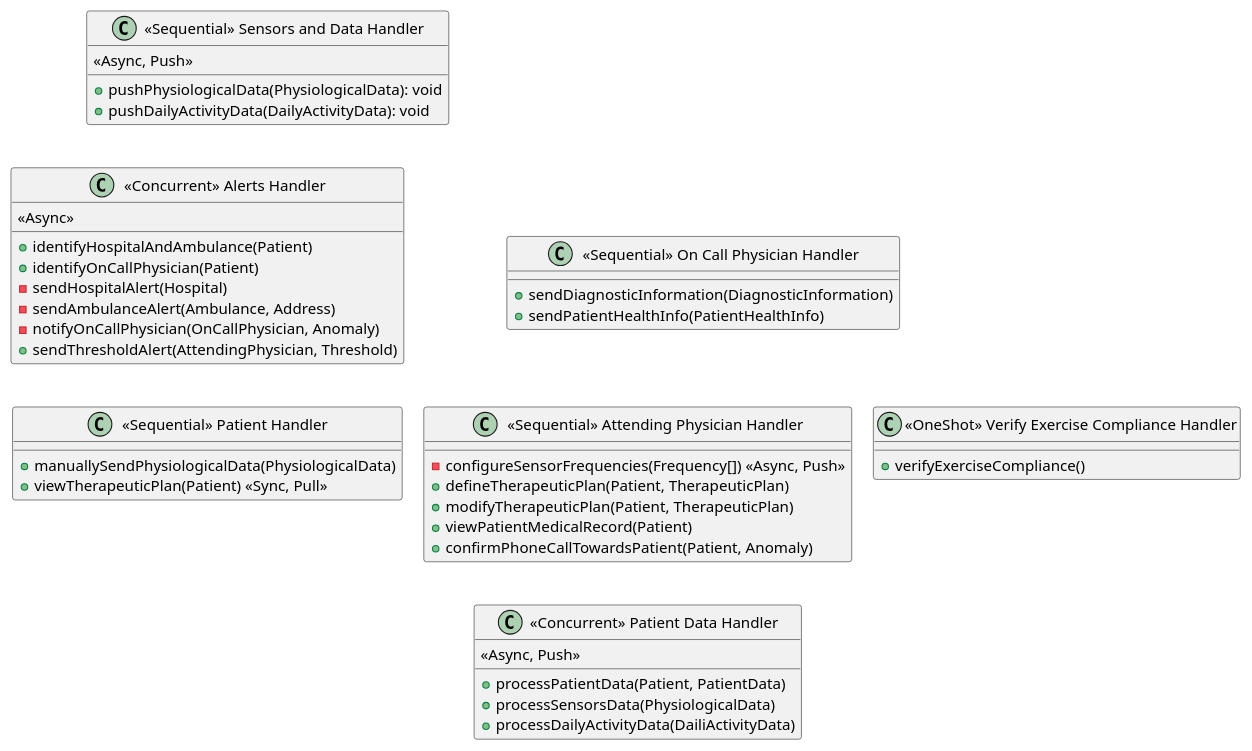
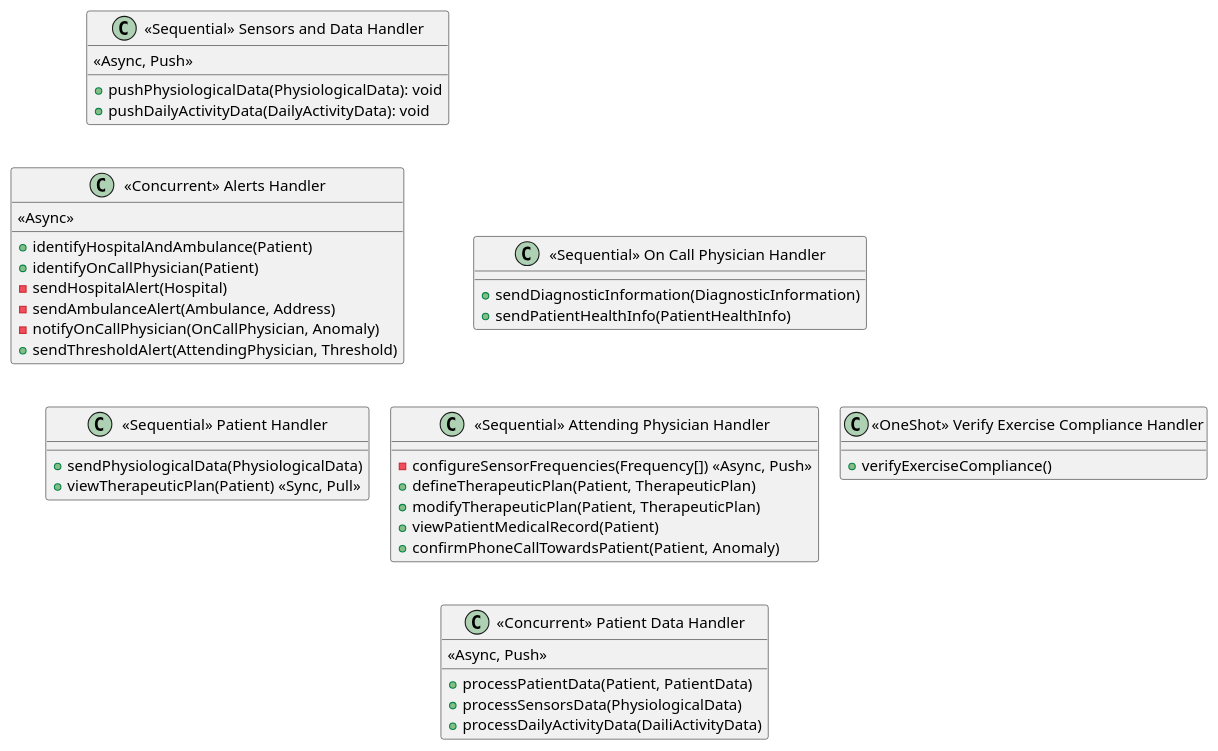
Before and after one commit to koalas11/Software-Architecture-Project: the diagram in diagrams/concrete_diagram.plantuml, drawn with PlantUML. The commit also changed 2 other files, not shown here.

```diff
--- a/diagrams/concrete_diagram.plantuml
+++ b/diagrams/concrete_diagram.plantuml
@@ -1,48 +1,48 @@
 @startuml concrete_diagram
 !pragma layout elk 
 class "<<Sequential>> Sensors and Data Handler" as C1 {
   <<Async, Push>>
   + pushPhysiologicalData(PhysiologicalData): void
   + pushDailyActivityData(DailyActivityData): void
 }
 
 class "<<Concurrent>> Alerts Handler" as C2 {
   +identifyHospitalAndAmbulance(Patient)
   +identifyOnCallPhysician(Patient)
   <<Async>>
   -sendHospitalAlert(Hospital)
   -sendAmbulanceAlert(Ambulance, Address)
   -notifyOnCallPhysician(OnCallPhysician, Anomaly)
   +sendThresholdAlert(AttendingPhysician, Threshold)
 }
 
 class "<<Sequential>> Patient Handler" as C3 {
-  +manuallySendPhysiologicalData(PhysiologicalData)
+  +sendPhysiologicalData(PhysiologicalData)
   +viewTherapeuticPlan(Patient) <<Sync, Pull>>
 }
 
 class "<<Sequential>> On Call Physician Handler" as C4 {
   +sendDiagnosticInformation(DiagnosticInformation)
   +sendPatientHealthInfo(PatientHealthInfo)
 }
 
 class "<<Sequential>> Attending Physician Handler" as C5 {
   -configureSensorFrequencies(Frequency[]) <<Async, Push>>
   +defineTherapeuticPlan(Patient, TherapeuticPlan)
   +modifyTherapeuticPlan(Patient, TherapeuticPlan)
   +viewPatientMedicalRecord(Patient)
   +confirmPhoneCallTowardsPatient(Patient, Anomaly)
 }
 
 class "<<Concurrent>> Patient Data Handler" as C6 {
   <<Async, Push>>
   +processPatientData(Patient, PatientData)
   +processSensorsData(PhysiologicalData)
   +processDailyActivityData(DailiActivityData)
 }
 
 class "<<OneShot>> Verify Exercise Compliance Handler" as C7 {
   +verifyExerciseCompliance()
 }
 
 @enduml
```
